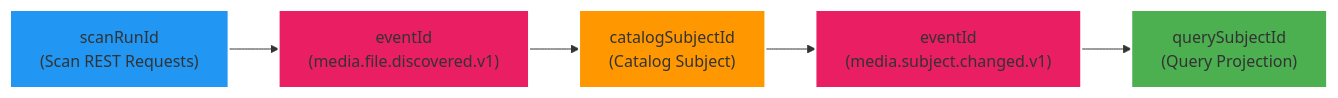
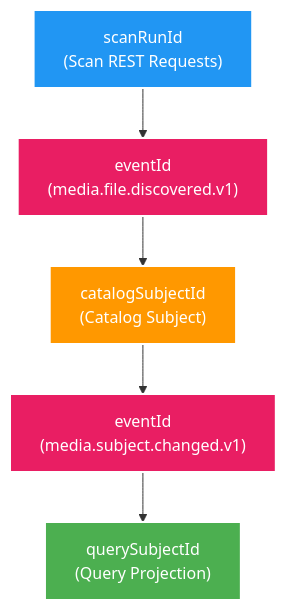
One commit to HungPhan200591/file-mngt-be-v2 changed the second of 2 diagrams in manual/learning/deep-dive/observability/03-correlation-id-tracing.md. Above: the diagram before and after it, drawn with Mermaid. The commit also changed 7 other files, not shown here.

````diff
--- a/manual/learning/deep-dive/observability/03-correlation-id-tracing.md
+++ b/manual/learning/deep-dive/observability/03-correlation-id-tracing.md
@@ -67,13 +67,13 @@
 ```mermaid
-flowchart LR
-    SCAN_RUN["scanRunId<br/>(Scan REST Requests)"] --> EVENT_1["eventId<br/>(media.file.discovered.v1)"]
-    EVENT_1 --> SUBJECT["catalogSubjectId<br/>(Catalog Subject)"]
-    SUBJECT --> EVENT_2["eventId<br/>(media.subject.changed.v1)"]
-    EVENT_2 --> QUERY["querySubjectId<br/>(Query Projection)"]
+flowchart TB
+    SCAN_RUN["<font color='white'>scanRunId<br/>(Scan REST Requests)</font>"] --> EVENT_1["<font color='white'>eventId<br/>(media.file.discovered.v1)</font>"]
+    EVENT_1 --> SUBJECT["<font color='white'>catalogSubjectId<br/>(Catalog Subject)</font>"]
+    SUBJECT --> EVENT_2["<font color='white'>eventId<br/>(media.subject.changed.v1)</font>"]
+    EVENT_2 --> QUERY["<font color='white'>querySubjectId<br/>(Query Projection)</font>"]
 
     style SCAN_RUN fill:#2196F3,stroke:#fff,stroke-width:2px
     style EVENT_1 fill:#E91E63,stroke:#fff,stroke-width:2px
     style SUBJECT fill:#FF9800,stroke:#fff,stroke-width:2px
     style EVENT_2 fill:#E91E63,stroke:#fff,stroke-width:2px
     style QUERY fill:#4CAF50,stroke:#fff,stroke-width:2px
 ```
````
